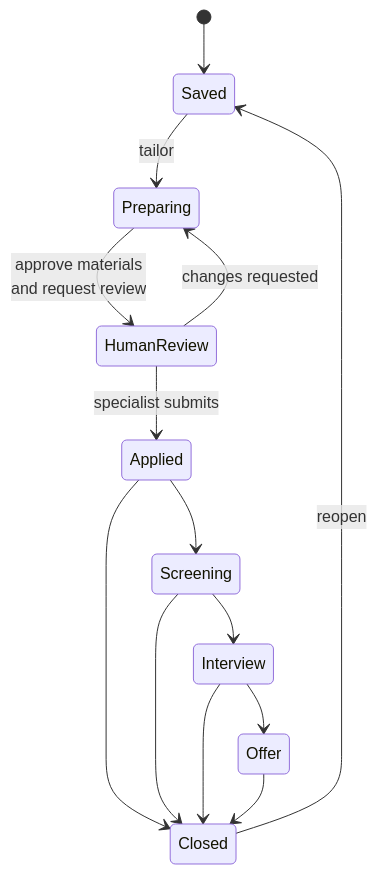
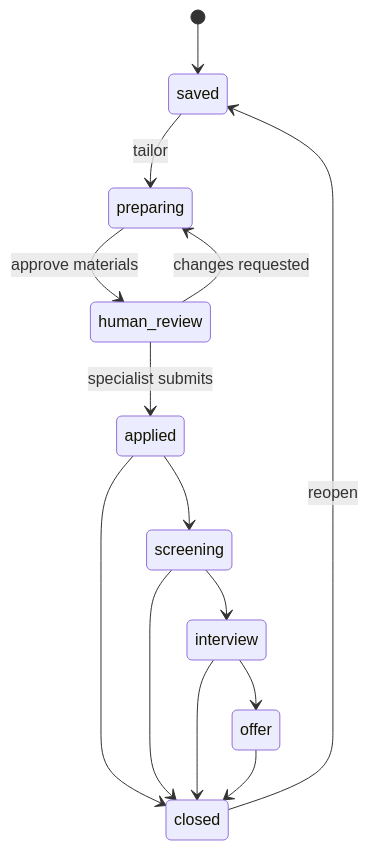
The first of 2 diagrams in README.md (rohanmalyadri/SkyLark), drawn with Mermaid before and after one commit. The commit also changed other lines of this file and 50 other files, not shown here.

````diff
--- a/README.md
+++ b/README.md
@@ -353,16 +201,16 @@
 ```mermaid
 stateDiagram-v2
-    [*] --> Saved
-    Saved --> Preparing: tailor
-    Preparing --> HumanReview: approve materials<br/>and request review
-    HumanReview --> Preparing: changes requested
-    HumanReview --> Applied: specialist submits
-    Applied --> Screening
-    Screening --> Interview
-    Interview --> Offer
-    Applied --> Closed
-    Screening --> Closed
-    Interview --> Closed
-    Offer --> Closed
-    Closed --> Saved: reopen
+    [*] --> saved
+    saved --> preparing: tailor
+    preparing --> human_review: approve materials
+    human_review --> preparing: changes requested
+    human_review --> applied: specialist submits
+    applied --> screening
+    screening --> interview
+    interview --> offer
+    applied --> closed
+    screening --> closed
+    interview --> closed
+    offer --> closed
+    closed --> saved: reopen
 ```
````
